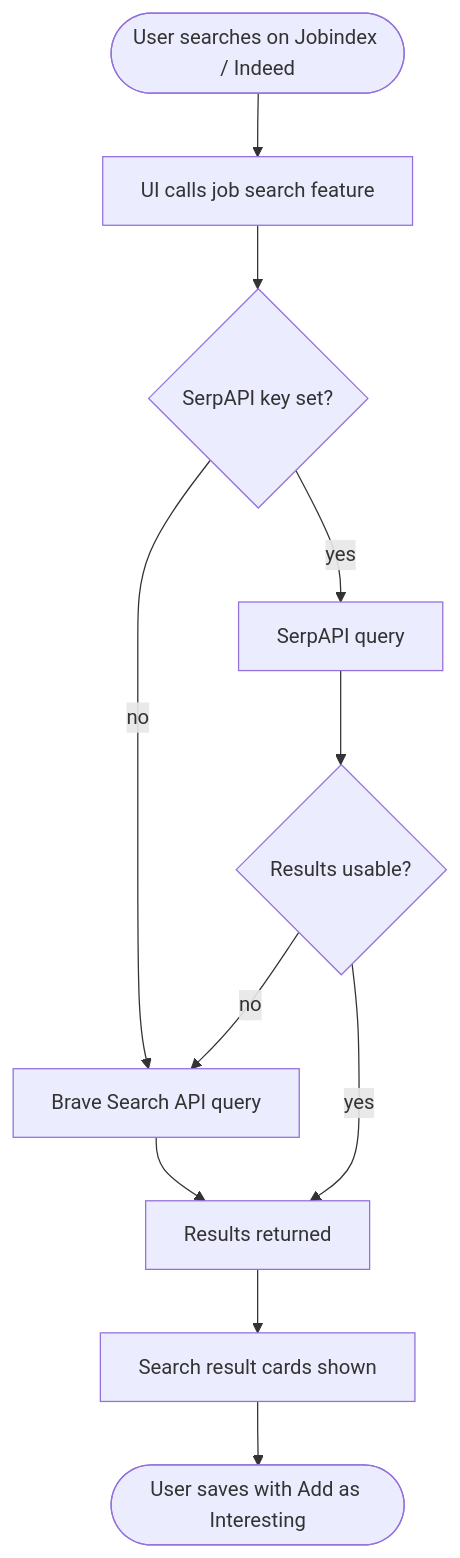
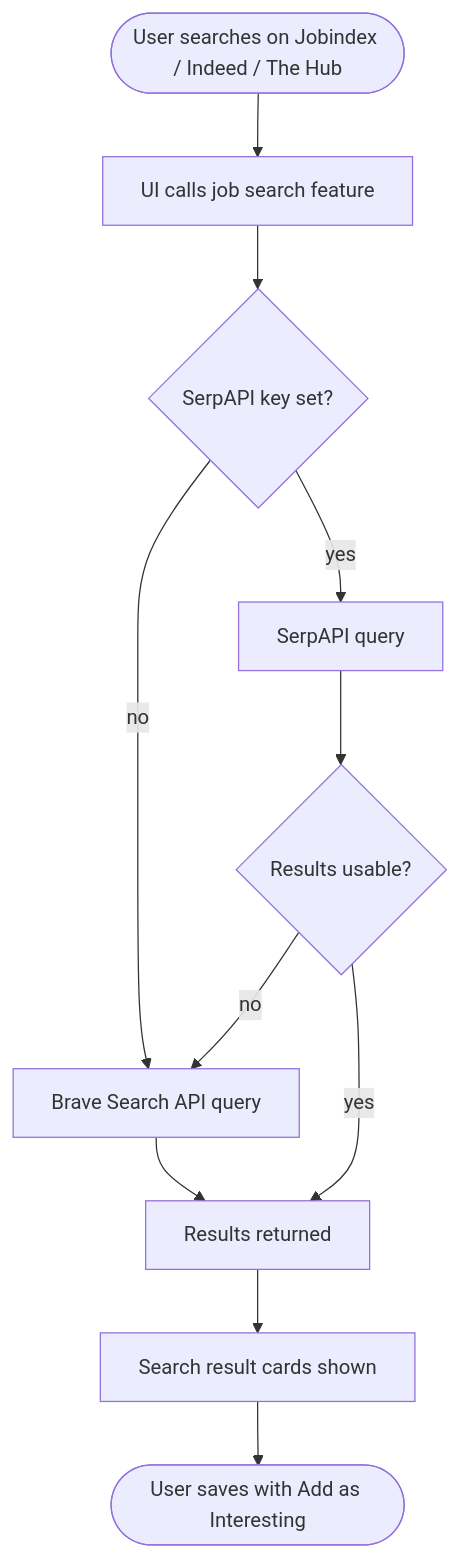
Before and after one commit to eikrad/Job-Tracker: the seventh of 8 diagrams in docs/architecture.md, drawn with Mermaid. The commit also changed other lines of this file and 2 other files, not shown here.

````diff
--- a/docs/architecture.md
+++ b/docs/architecture.md
@@ -150,13 +146,13 @@
 ```mermaid
 flowchart TD
-    A([User searches on Jobindex / Indeed]) --> B[UI calls job search feature]
+    A([User searches on Jobindex / Indeed / The Hub]) --> B[UI calls job search feature]
     B --> C{SerpAPI key set?}
     C -->|yes| D[SerpAPI query]
     C -->|no| E[Brave Search API query]
     D --> F{Results usable?}
     F -->|no| E
     E --> G[Results returned]
     F -->|yes| G
     G --> H[Search result cards shown]
     H --> I([User saves with Add as Interesting])
 ```
````
